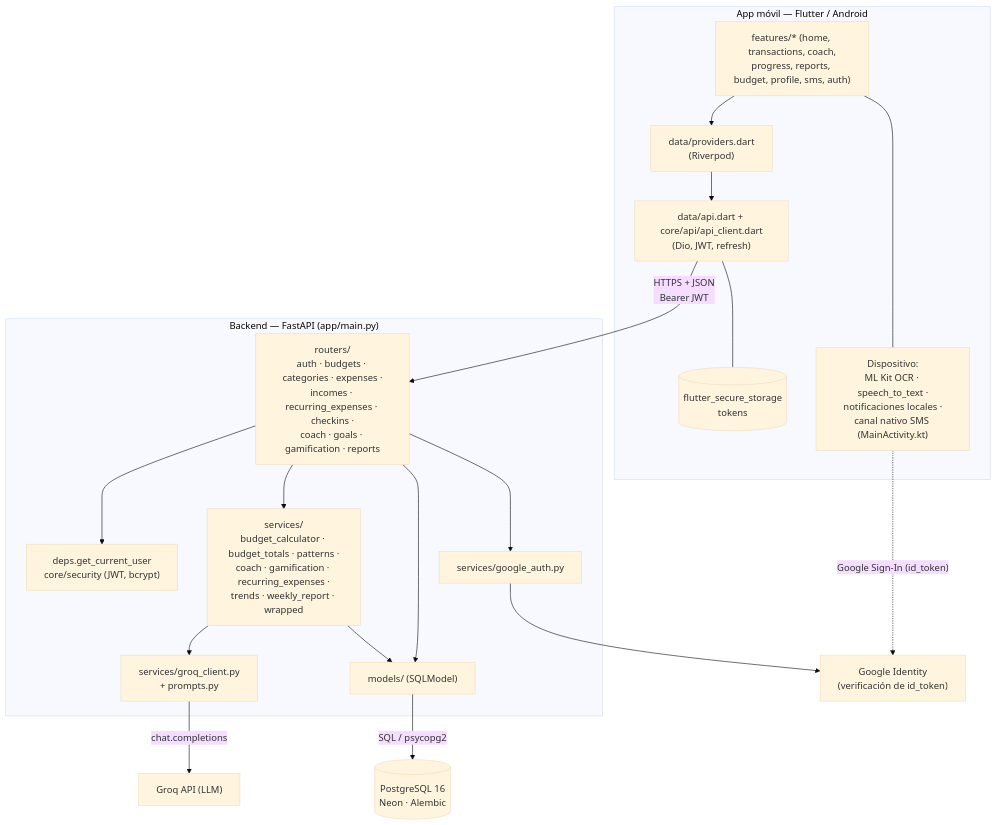
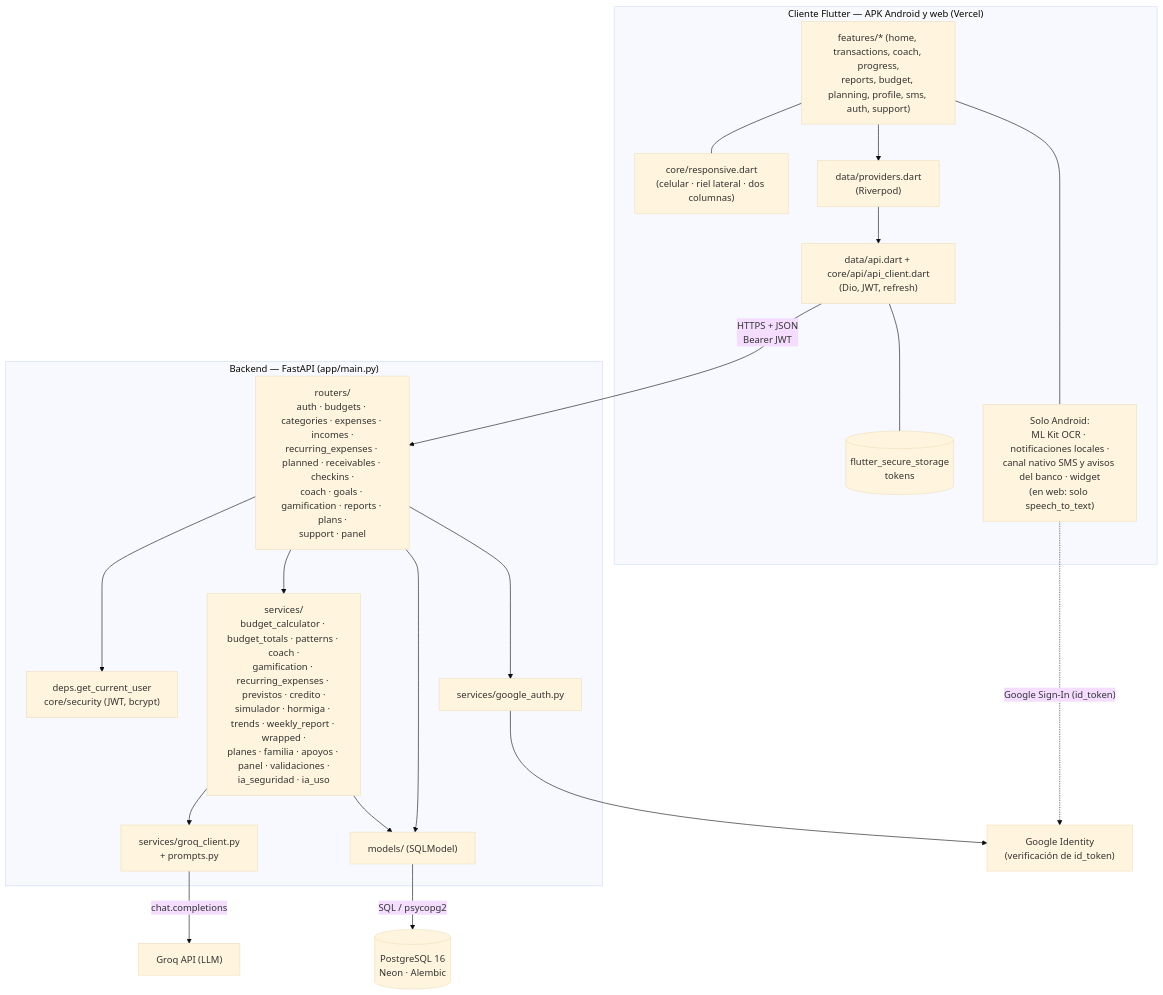
The first of 3 diagrams in docs/architecture.md (DiegoFernandoChavarroCastillo/pay_and_check), drawn with Mermaid (base theme) before and after one commit. The commit also changed other lines of this file and 26 other files, not shown here.

First line of the commit message:
Documentación al día: versión web, despliegue en AWS, diagramas y pendientes

````diff
--- a/docs/architecture.md
+++ b/docs/architecture.md
@@ -43,38 +49,40 @@
 ```mermaid
 flowchart TB
-    subgraph Mobile["App móvil — Flutter / Android"]
-        Screens["features/* (home, transactions, coach,<br/>progress, reports, budget, profile, sms, auth)"]
+    subgraph Mobile["Cliente Flutter — APK Android y web (Vercel)"]
+        Screens["features/* (home, transactions, coach, progress,<br/>reports, budget, planning, profile, sms, auth, support)"]
+        Resp["core/responsive.dart<br/>(celular · riel lateral · dos columnas)"]
         Providers["data/providers.dart<br/>(Riverpod)"]
         ApiCli["data/api.dart + core/api/api_client.dart<br/>(Dio, JWT, refresh)"]
         Secure[("flutter_secure_storage<br/>tokens")]
-        Local["Dispositivo:<br/>ML Kit OCR · speech_to_text ·<br/>notificaciones locales ·<br/>canal nativo SMS (MainActivity.kt)"]
+        Local["Solo Android:<br/>ML Kit OCR · notificaciones locales ·<br/>canal nativo SMS y avisos del banco · widget<br/>(en web: solo speech_to_text)"]
         Screens --> Providers --> ApiCli
+        Screens --- Resp
         ApiCli --- Secure
         Screens --- Local
     end
 
     subgraph Backend["Backend — FastAPI (app/main.py)"]
-        Routers["routers/<br/>auth · budgets · categories · expenses ·<br/>incomes · recurring_expenses · checkins ·<br/>coach · goals · gamification · reports"]
+        Routers["routers/<br/>auth · budgets · categories · expenses · incomes ·<br/>recurring_expenses · planned · receivables · checkins ·<br/>coach · goals · gamification · reports · plans ·<br/>support · panel"]
         Deps["deps.get_current_user<br/>core/security (JWT, bcrypt)"]
-        Services["services/<br/>budget_calculator · budget_totals · patterns ·<br/>coach · gamification · recurring_expenses ·<br/>trends · weekly_report · wrapped"]
+        Services["services/<br/>budget_calculator · budget_totals · patterns · coach ·<br/>gamification · recurring_expenses · previstos · credito ·<br/>simulador · hormiga · trends · weekly_report · wrapped ·<br/>planes · familia · apoyos · panel · validaciones ·<br/>ia_seguridad · ia_uso"]
         Groq["services/groq_client.py<br/>+ prompts.py"]
         GAuth["services/google_auth.py"]
         Models["models/ (SQLModel)"]
         Routers --> Deps
         Routers --> Services
         Services --> Groq
         Routers --> GAuth
         Services --> Models
         Routers --> Models
     end
 
     DB[("PostgreSQL 16<br/>Neon · Alembic")]
     GroqAPI["Groq API (LLM)"]
     Google["Google Identity<br/>(verificación de id_token)"]
 
     ApiCli -- "HTTPS + JSON<br/>Bearer JWT" --> Routers
     Models -- "SQL / psycopg2" --> DB
     Groq -- "chat.completions" --> GroqAPI
     GAuth --> Google
     Local -. "Google Sign-In (id_token)" .-> Google
 ```
````
